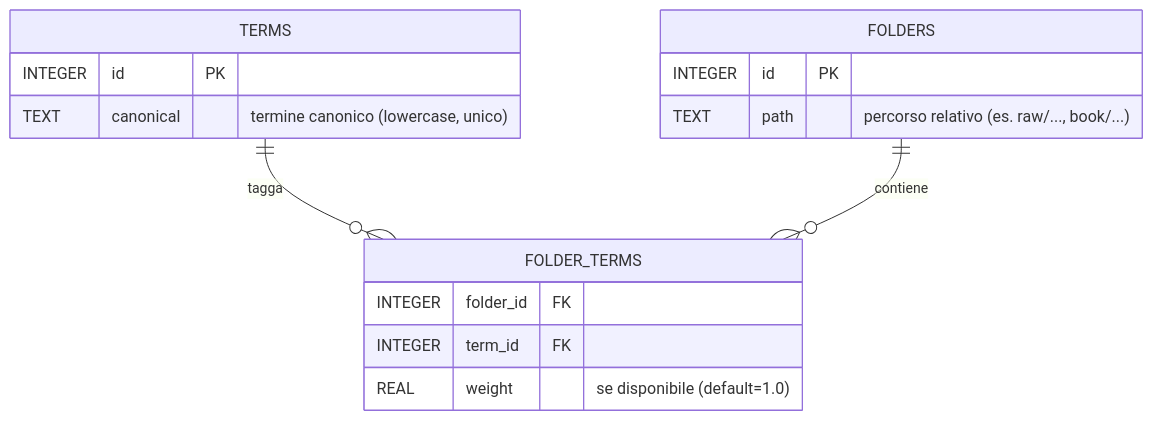
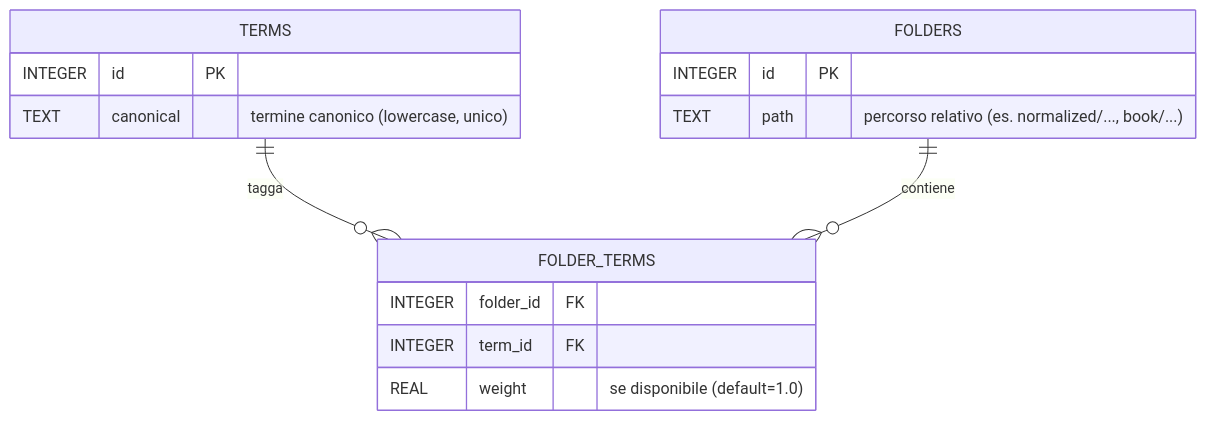
One commit to nextybase/timmy-kb-acme changed the second of 2 diagrams in docs/developer/streamlit_ui.md. Above: the diagram before and after it, drawn with Mermaid. The commit also changed other lines of this file and 105 other files, not shown here.

````diff
--- a/docs/developer/streamlit_ui.md
+++ b/docs/developer/streamlit_ui.md
@@ -245,21 +245,21 @@
 ```mermaid
 erDiagram
     TERMS {
         INTEGER id PK
         TEXT    canonical  "termine canonico (lowercase, unico)"
     }
 
     FOLDERS {
         INTEGER id PK
-        TEXT    path       "percorso relativo (es. raw/..., book/...)"
+        TEXT    path       "percorso relativo (es. normalized/..., book/...)"
     }
 
     FOLDER_TERMS {
         INTEGER folder_id FK
         INTEGER term_id   FK
         REAL    weight    "se disponibile (default=1.0)"
     }
 
     TERMS ||--o{ FOLDER_TERMS : "tagga"
     FOLDERS ||--o{ FOLDER_TERMS : "contiene"
 ```
````
